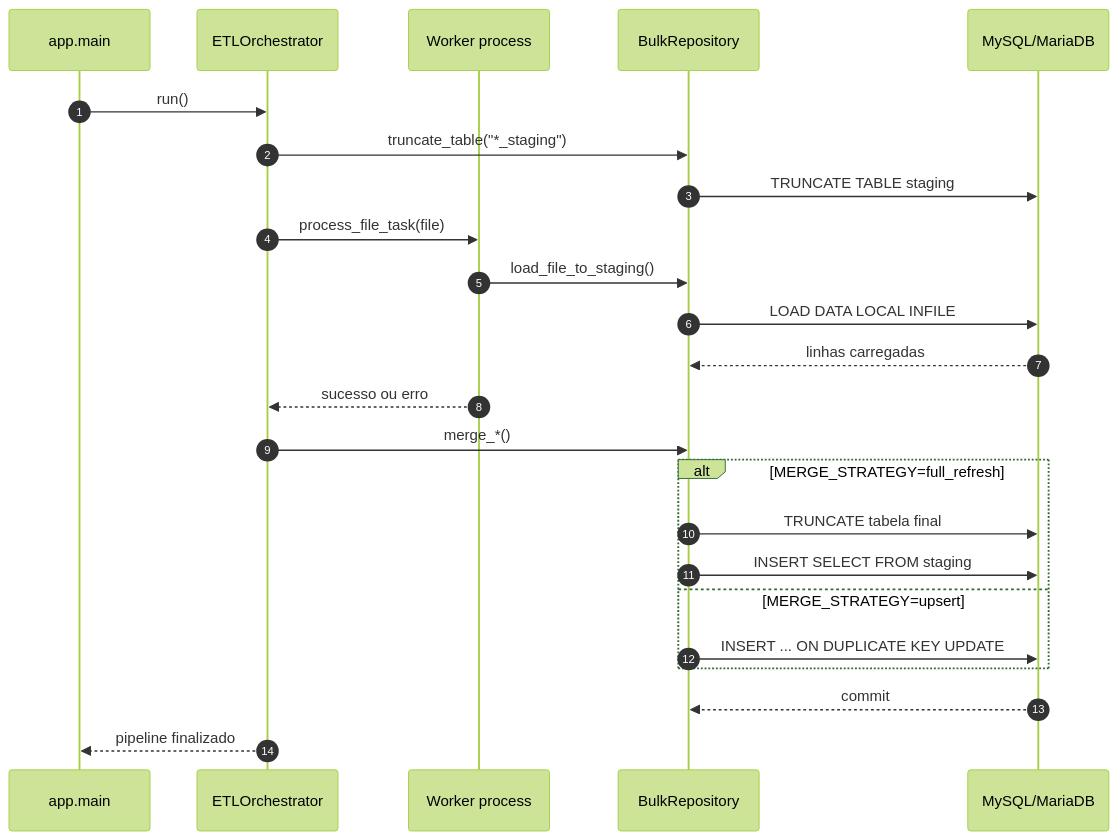
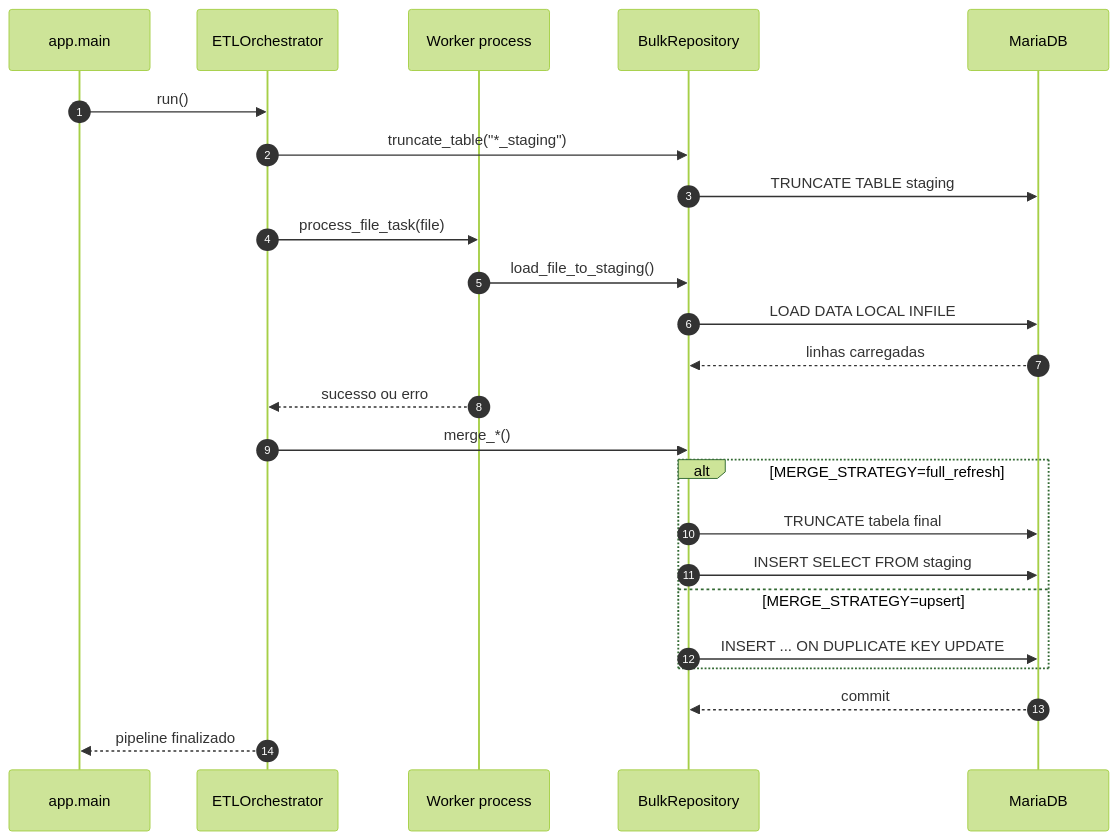
The third of 5 diagrams in docs/APPLICATION_DOCUMENTATION.md (vrelme/DADOS_RFB), drawn with Mermaid (forest theme) before and after one commit. The commit also changed other lines of this file and 3 other files, not shown here.

````diff
--- a/docs/APPLICATION_DOCUMENTATION.md
+++ b/docs/APPLICATION_DOCUMENTATION.md
@@ -288,27 +290,27 @@
 ```mermaid
 sequenceDiagram
     autonumber
     participant Main as app.main
     participant Orc as ETLOrchestrator
     participant Worker as Worker process
     participant Repo as BulkRepository
-    participant DB as MySQL/MariaDB
+    participant DB as MariaDB
 
     Main->>Orc: run()
     Orc->>Repo: truncate_table("*_staging")
     Repo->>DB: TRUNCATE TABLE staging
     Orc->>Worker: process_file_task(file)
     Worker->>Repo: load_file_to_staging()
     Repo->>DB: LOAD DATA LOCAL INFILE
     DB-->>Repo: linhas carregadas
     Worker-->>Orc: sucesso ou erro
     Orc->>Repo: merge_*()
     alt MERGE_STRATEGY=full_refresh
         Repo->>DB: TRUNCATE tabela final
         Repo->>DB: INSERT SELECT FROM staging
     else MERGE_STRATEGY=upsert
         Repo->>DB: INSERT ... ON DUPLICATE KEY UPDATE
     end
     DB-->>Repo: commit
     Orc-->>Main: pipeline finalizado
 ```
````
